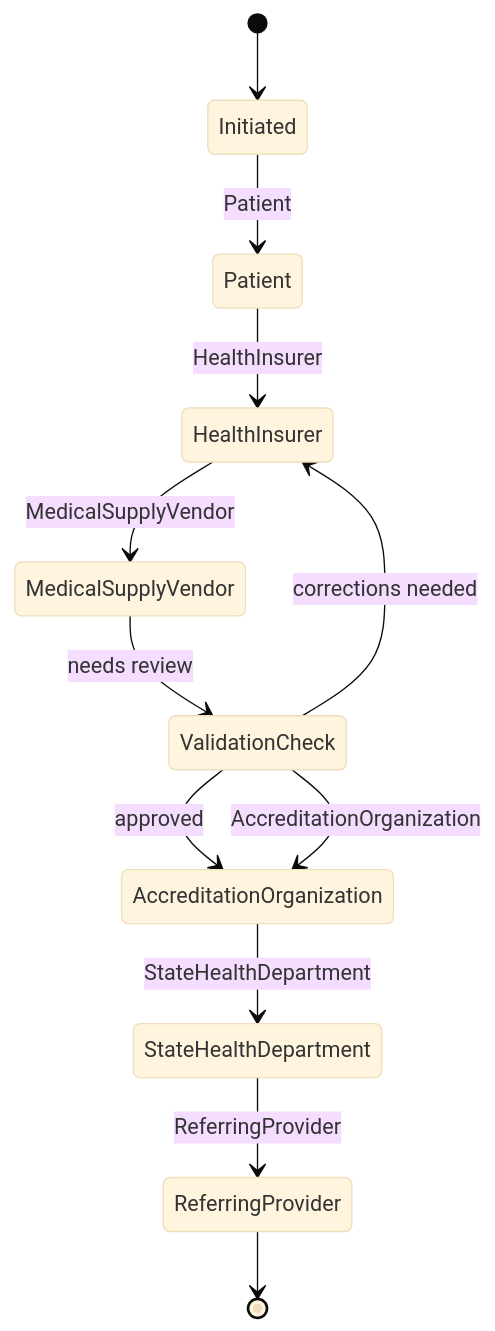
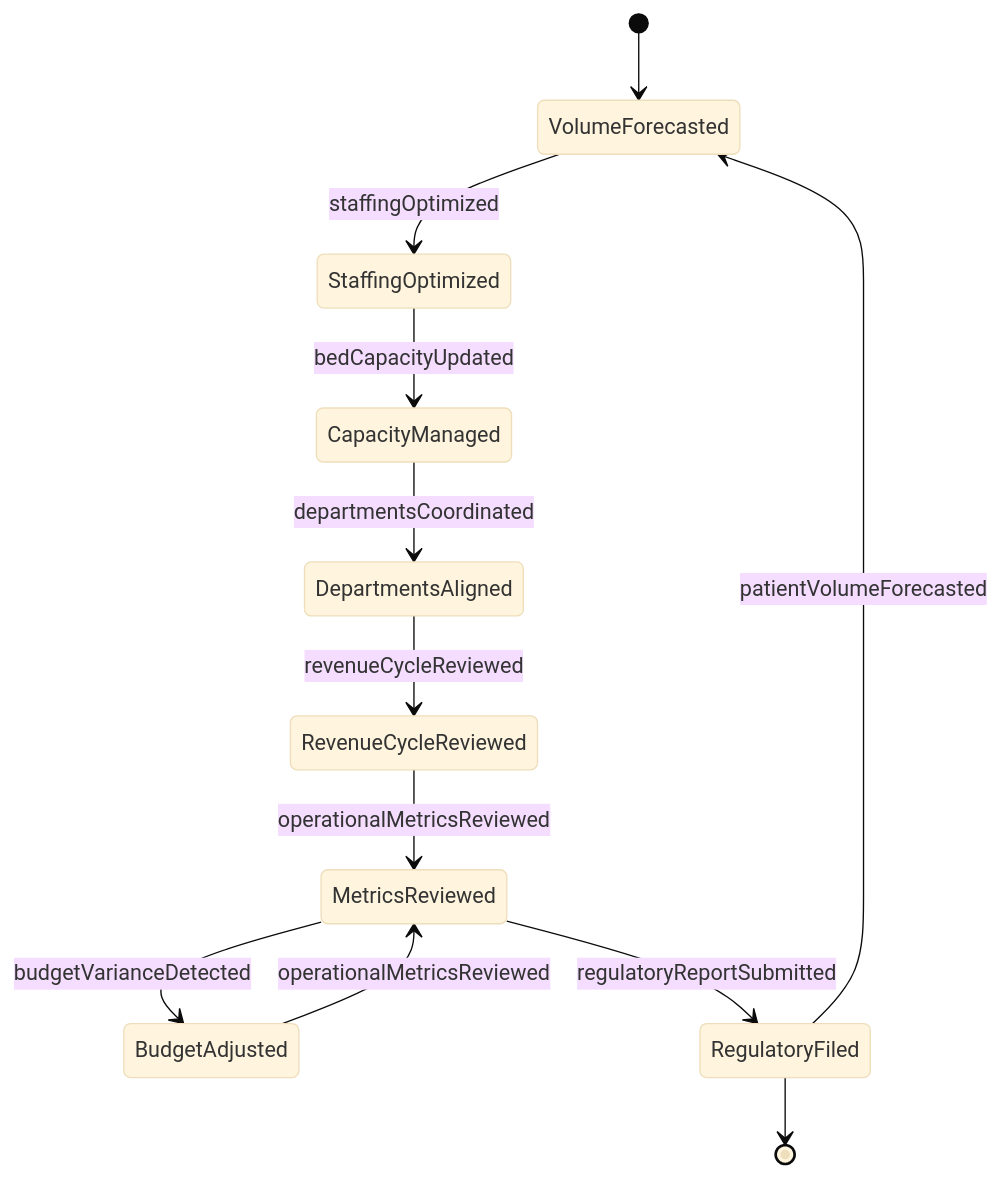
The second of 4 diagrams in GuidingDirectingAndMotivatingSubordinates/DirectOrganizationalOperationsActivitiesOrProcedures/ManageHealthcareOperations.mdx (dot-org-ai/tasks.org.ai), drawn with Mermaid (base theme) before and after one commit. The commit also changed other lines of this file and 515 other files, not shown here.

````diff
--- a/GuidingDirectingAndMotivatingSubordinates/DirectOrganizationalOperationsActivitiesOrProcedures/ManageHealthcareOperations.mdx
+++ b/GuidingDirectingAndMotivatingSubordinates/DirectOrganizationalOperationsActivitiesOrProcedures/ManageHealthcareOperations.mdx
@@ -108,14 +107,14 @@
 ```mermaid
 stateDiagram-v2
-    [*] --> Initiated
-    Initiated --> Patient: Patient
-    Patient --> HealthInsurer: HealthInsurer
-    HealthInsurer --> MedicalSupplyVendor: MedicalSupplyVendor
-    MedicalSupplyVendor --> ValidationCheck: needs review
-    ValidationCheck --> HealthInsurer: corrections needed
-    ValidationCheck --> AccreditationOrganization: approved
-    ValidationCheck --> AccreditationOrganization: AccreditationOrganization
-    AccreditationOrganization --> StateHealthDepartment: StateHealthDepartment
-    StateHealthDepartment --> ReferringProvider: ReferringProvider
-    ReferringProvider --> [*]
+    [*] --> VolumeForecasted
+    VolumeForecasted --> StaffingOptimized : staffingOptimized
+    StaffingOptimized --> CapacityManaged : bedCapacityUpdated
+    CapacityManaged --> DepartmentsAligned : departmentsCoordinated
+    DepartmentsAligned --> RevenueCycleReviewed : revenueCycleReviewed
+    RevenueCycleReviewed --> MetricsReviewed : operationalMetricsReviewed
+    MetricsReviewed --> BudgetAdjusted : budgetVarianceDetected
+    BudgetAdjusted --> MetricsReviewed : operationalMetricsReviewed
+    MetricsReviewed --> RegulatoryFiled : regulatoryReportSubmitted
+    RegulatoryFiled --> VolumeForecasted : patientVolumeForecasted
+    RegulatoryFiled --> [*]
 ```
````
